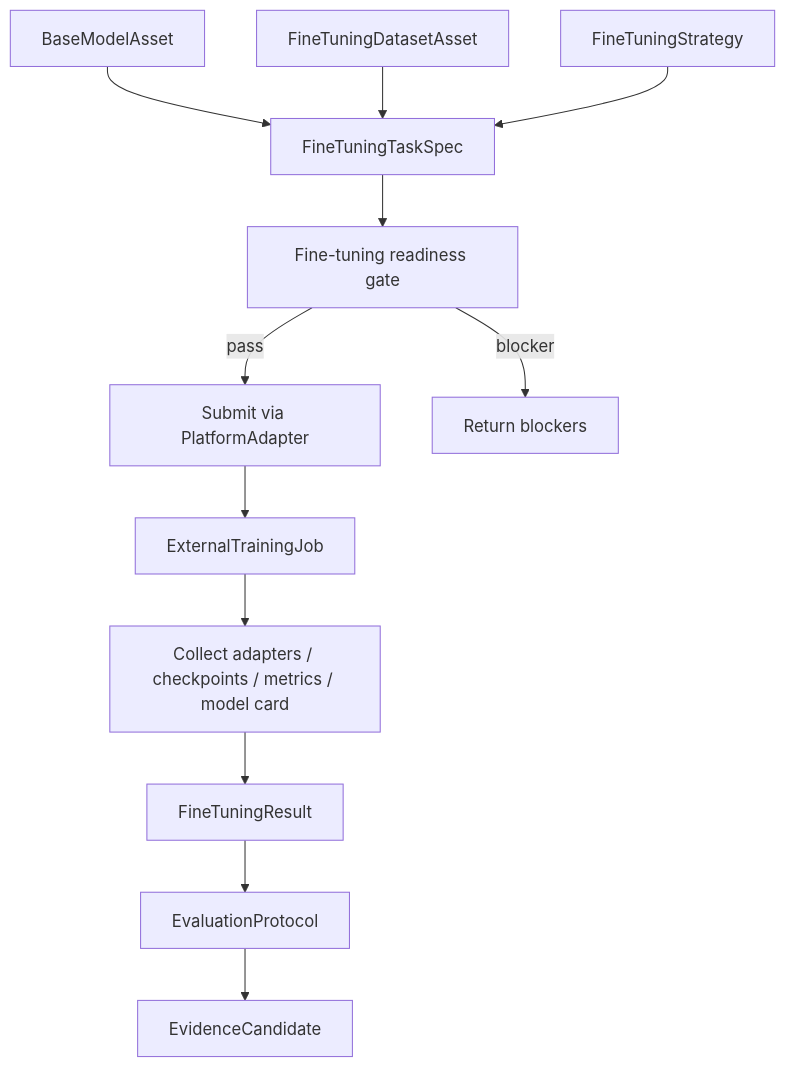
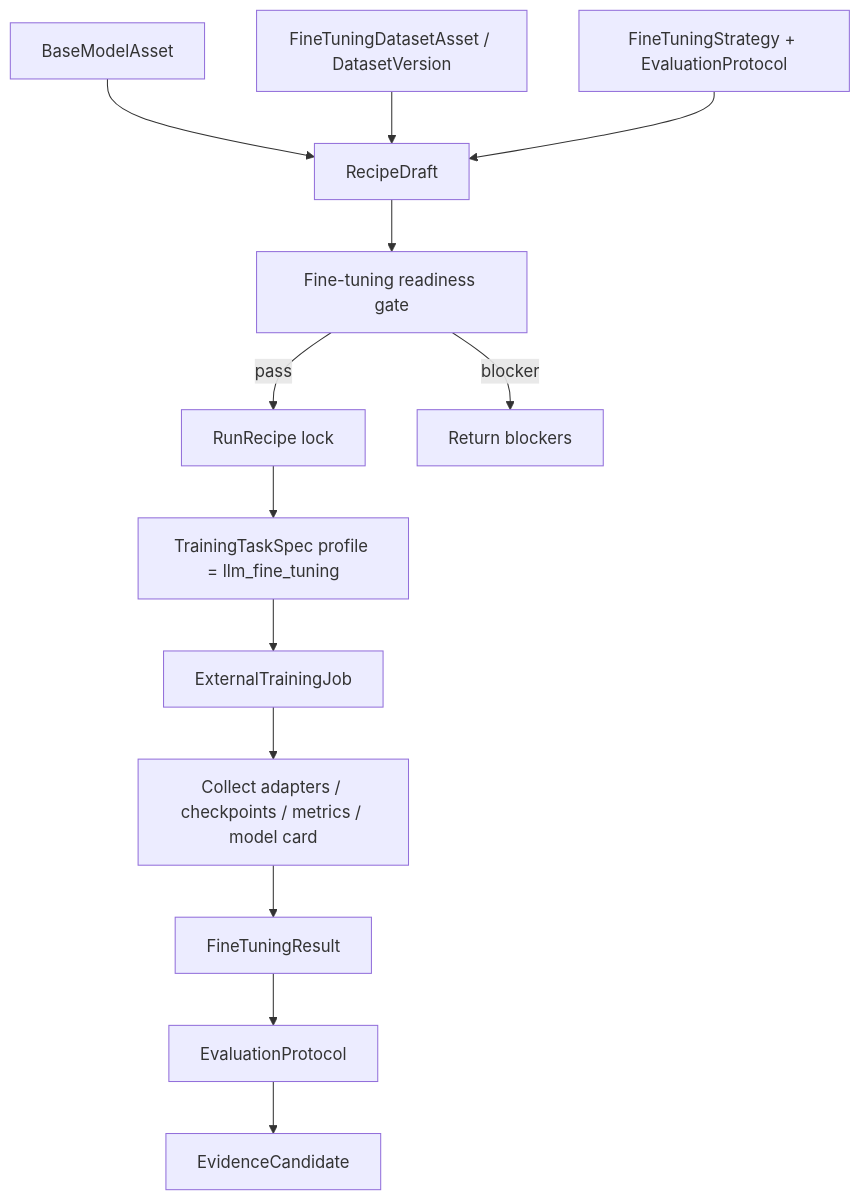
Before and after one commit to Yuilona/My-Researcher: the seventh of 8 diagrams in dev-docs/active/experiment-foundation-v1/02-architecture.md, drawn with Mermaid. The commit also changed other lines of this file and 88 other files, not shown here.

````diff
--- a/dev-docs/active/experiment-foundation-v1/02-architecture.md
+++ b/dev-docs/active/experiment-foundation-v1/02-architecture.md
@@ -708,14 +729,15 @@
 ```mermaid
 flowchart TD
-  A["BaseModelAsset"] --> C["FineTuningTaskSpec"]
-  B["FineTuningDatasetAsset"] --> C
-  D["FineTuningStrategy"] --> C
-  C --> E["Fine-tuning readiness gate"]
-  E -->|pass| F["Submit via PlatformAdapter"]
-  E -->|blocker| G["Return blockers"]
-  F --> H["ExternalTrainingJob"]
+  A["BaseModelAsset"] --> D["RecipeDraft"]
+  B["FineTuningDatasetAsset / DatasetVersion"] --> D
+  C["FineTuningStrategy + EvaluationProtocol"] --> D
+  D --> E["Fine-tuning readiness gate"]
+  E -->|pass| F["RunRecipe lock"]
+  F --> G["TrainingTaskSpec profile = llm_fine_tuning"]
+  E -->|blocker| M["Return blockers"]
+  G --> H["ExternalTrainingJob"]
   H --> I["Collect adapters / checkpoints / metrics / model card"]
   I --> J["FineTuningResult"]
   J --> K["EvaluationProtocol"]
   K --> L["EvidenceCandidate"]
 ```
````
